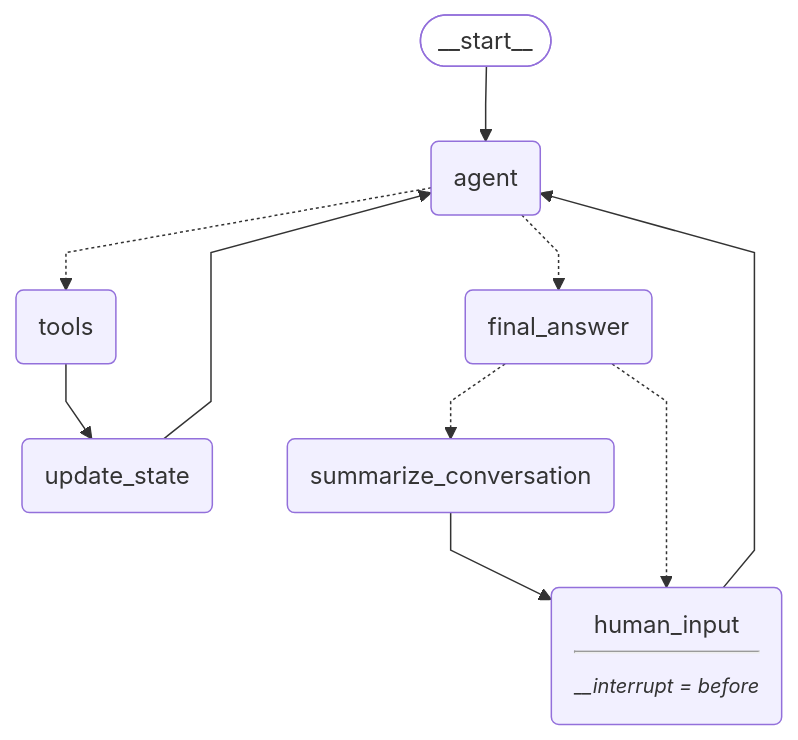
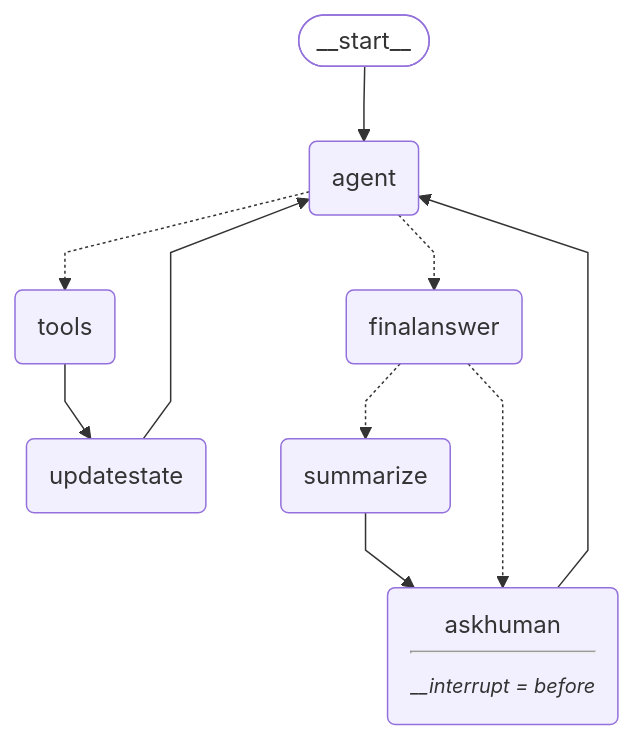
The diagram in services/chatbot/app/test/graph.md (Actual-Chat/actual-chat), drawn with Mermaid before and after one commit. The commit also changed 1 other file, not shown here.

Commit message:
wip: use enum for graph node names

````diff
--- a/services/chatbot/app/test/graph.md
+++ b/services/chatbot/app/test/graph.md
@@ -1,23 +1,23 @@
 ```mermaid
 %%{init: {'flowchart': {'curve': 'linear'}}}%%
 graph TD;
         __start__([<p>__start__</p>]):::first
         agent(agent)
         tools(tools)
-        update_state(update_state)
-        summarize_conversation(summarize_conversation)
-        final_answer(final_answer)
-        human_input(human_input<hr/><small><em>__interrupt = before</em></small>)
+        updatestate(updatestate)
+        summarize(summarize)
+        finalanswer(finalanswer)
+        askhuman(askhuman<hr/><small><em>__interrupt = before</em></small>)
         __start__ --> agent;
-        human_input --> agent;
-        summarize_conversation --> human_input;
-        tools --> update_state;
-        update_state --> agent;
+        askhuman --> agent;
+        summarize --> askhuman;
+        tools --> updatestate;
+        updatestate --> agent;
         agent -.-> tools;
-        agent -.-> final_answer;
-        final_answer -.-> summarize_conversation;
-        final_answer -.-> human_input;
+        agent -.-> finalanswer;
+        finalanswer -.-> summarize;
+        finalanswer -.-> askhuman;
         classDef default fill:#f2f0ff,line-height:1.2
         classDef first fill-opacity:0
         classDef last fill:#bfb6fc
 ```
````
